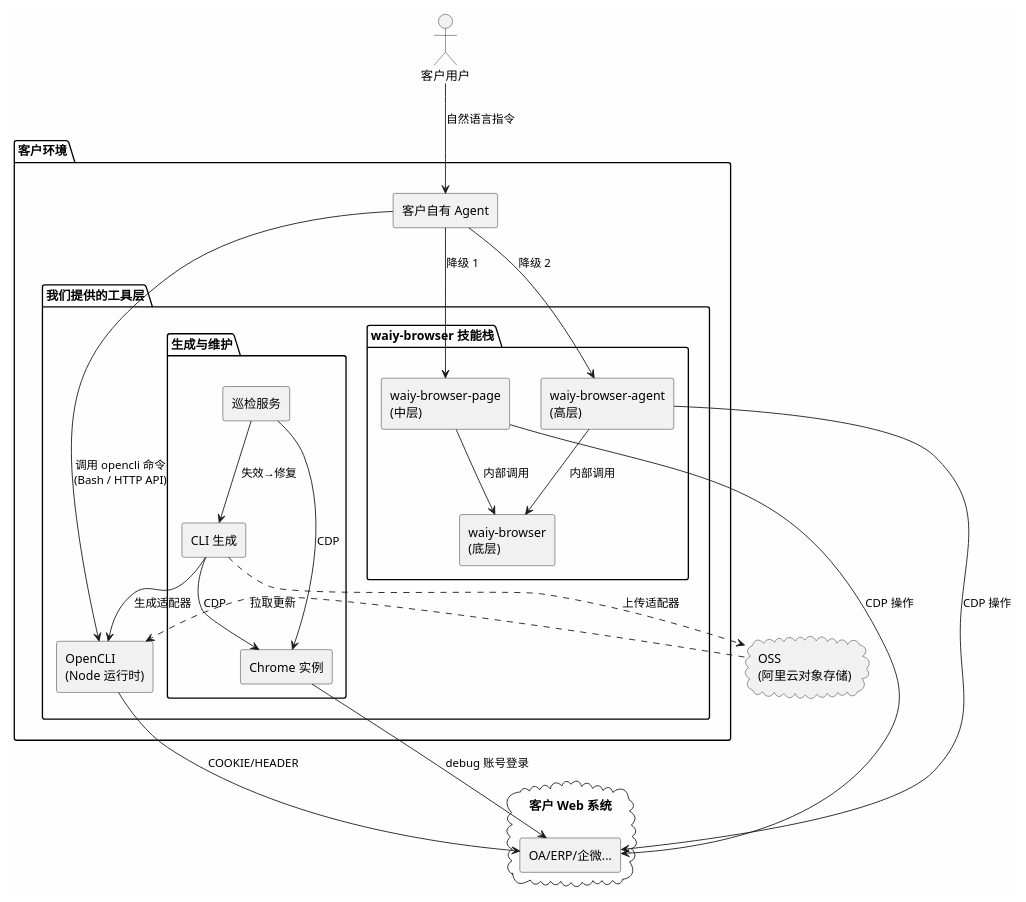
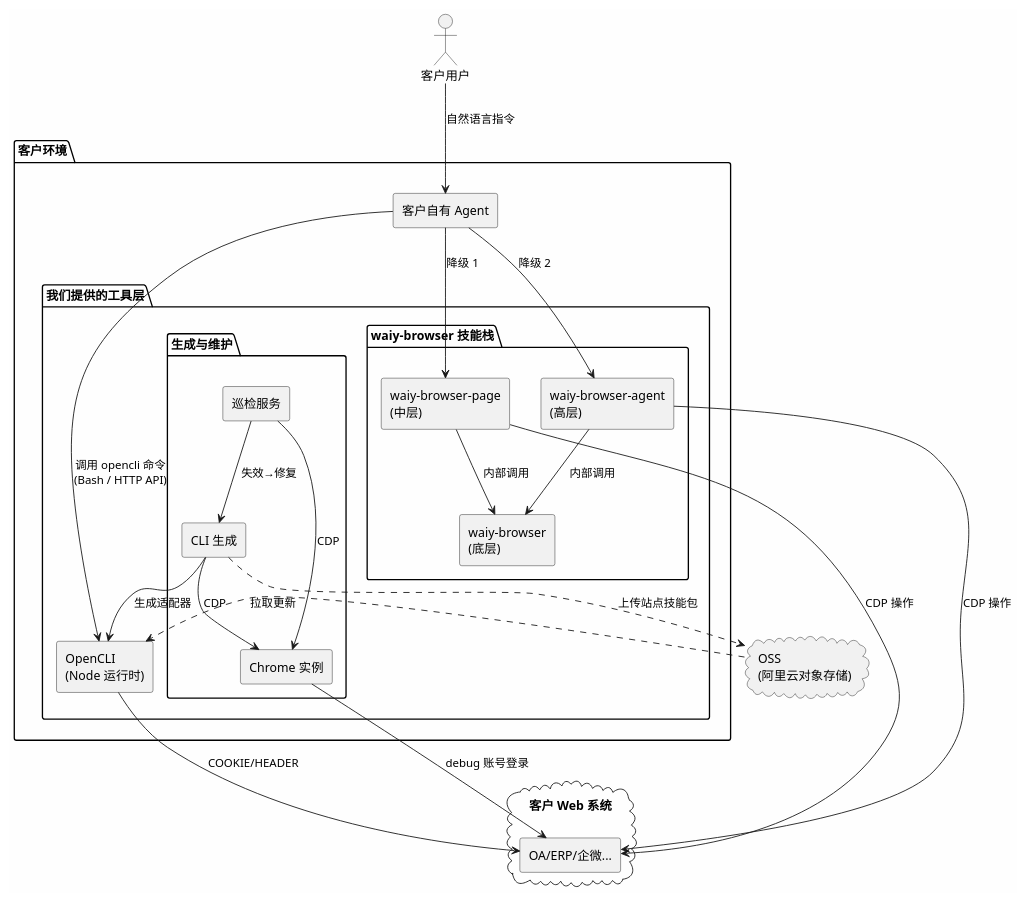
Before and after one commit to shadow-cyan/OpenCLI: the sixth of 7 diagrams in doc/office-automation-architecture.md, drawn with PlantUML. The commit also changed other lines of this file, not shown here.

````diff
--- a/doc/office-automation-architecture.md
+++ b/doc/office-automation-architecture.md
@@ -571,56 +573,56 @@
 ```plantuml
 @startuml
 skinparam componentStyle rectangle
 skinparam backgroundColor #FEFEFE
 
 actor "客户用户" as User
 
 package "客户环境" {
   [客户自有 Agent] as CA
 
   package "我们提供的工具层" {
     [OpenCLI\n(Node 运行时)] as OC
 
     package "waiy-browser 技能栈" {
       [waiy-browser-page\n(中层)] as BP
       [waiy-browser-agent\n(高层)] as BA
       [waiy-browser\n(底层)] as BW
 
       BP --> BW : 内部调用
       BA --> BW : 内部调用
     }
 
     package "生成与维护" {
       [CLI 生成] as Factory
       [巡检服务] as Patrol
       [Chrome 实例] as Chrome
 
       Factory --> Chrome : CDP
       Patrol --> Chrome : CDP
       Patrol --> Factory : 失效→修复
     }
 
     Factory --> OC : 生成适配器
   }
 
   CA --> OC : 调用 opencli 命令\n(Bash / HTTP API)
   CA --> BP : 降级 1
   CA --> BA : 降级 2
 }
 
 cloud "OSS\n(阿里云对象存储)" as OSS
 
 cloud "客户 Web 系统" {
   [OA/ERP/企微...] as WebSys
 }
 
 User --> CA : 自然语言指令
-Factory ..> OSS : 上传适配器
+Factory ..> OSS : 上传站点技能包
 OSS ..> OC : 拉取更新
 OC --> WebSys : COOKIE/HEADER
 BP --> WebSys : CDP 操作
 BA --> WebSys : CDP 操作
 Chrome --> WebSys : debug 账号登录
 
 @enduml
 ```
````
